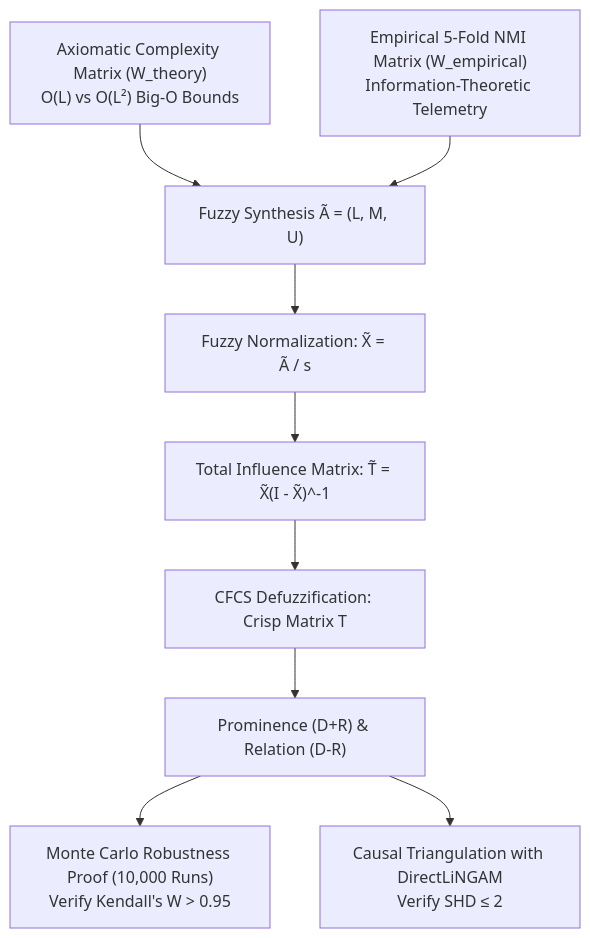
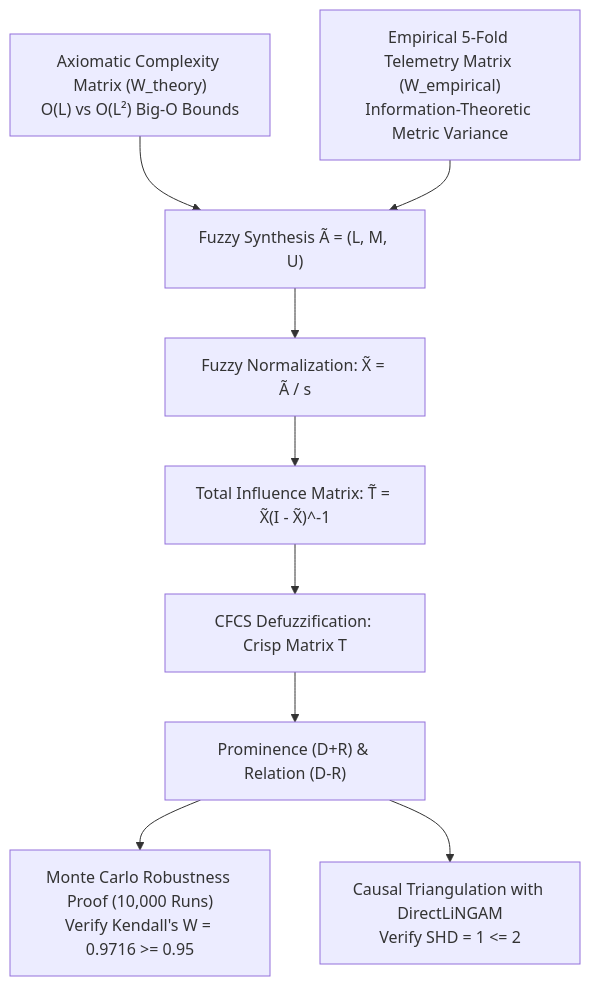
The third of 3 diagrams in docs/EXECUTION_PLAN.md (FY72X9/is_ai-vuln), drawn with Mermaid before and after one commit. The commit also changed other lines of this file and 2 other files, not shown here.

````diff
--- a/docs/EXECUTION_PLAN.md
+++ b/docs/EXECUTION_PLAN.md
@@ -419,11 +271,11 @@
 ```mermaid
 flowchart TD
     W_theory["Axiomatic Complexity Matrix (W_theory)<br/>O(L) vs O(L²) Big-O Bounds"] --> FuzzySynth["Fuzzy Synthesis Ã = (L, M, U)"]
-    W_emp["Empirical 5-Fold NMI Matrix (W_empirical)<br/>Information-Theoretic Telemetry"] --> FuzzySynth
+    W_emp["Empirical 5-Fold Telemetry Matrix (W_empirical)<br/>Information-Theoretic Metric Variance"] --> FuzzySynth
     FuzzySynth --> Normalization["Fuzzy Normalization: X̃ = Ã / s"]
     Normalization --> TotalRel["Total Influence Matrix: T̃ = X̃(I - X̃)^-1"]
     TotalRel --> CFCS["CFCS Defuzzification: Crisp Matrix T"]
     CFCS --> PromRel["Prominence (D+R) & Relation (D-R)"]
-    PromRel --> MonteCarlo["Monte Carlo Robustness Proof (10,000 Runs)<br/>Verify Kendall's W > 0.95"]
-    PromRel --> Triangulation["Causal Triangulation with DirectLiNGAM<br/>Verify SHD ≤ 2"]
+    PromRel --> MonteCarlo["Monte Carlo Robustness Proof (10,000 Runs)<br/>Verify Kendall's W = 0.9716 >= 0.95"]
+    PromRel --> Triangulation["Causal Triangulation with DirectLiNGAM<br/>Verify SHD = 1 <= 2"]
 ```
````
